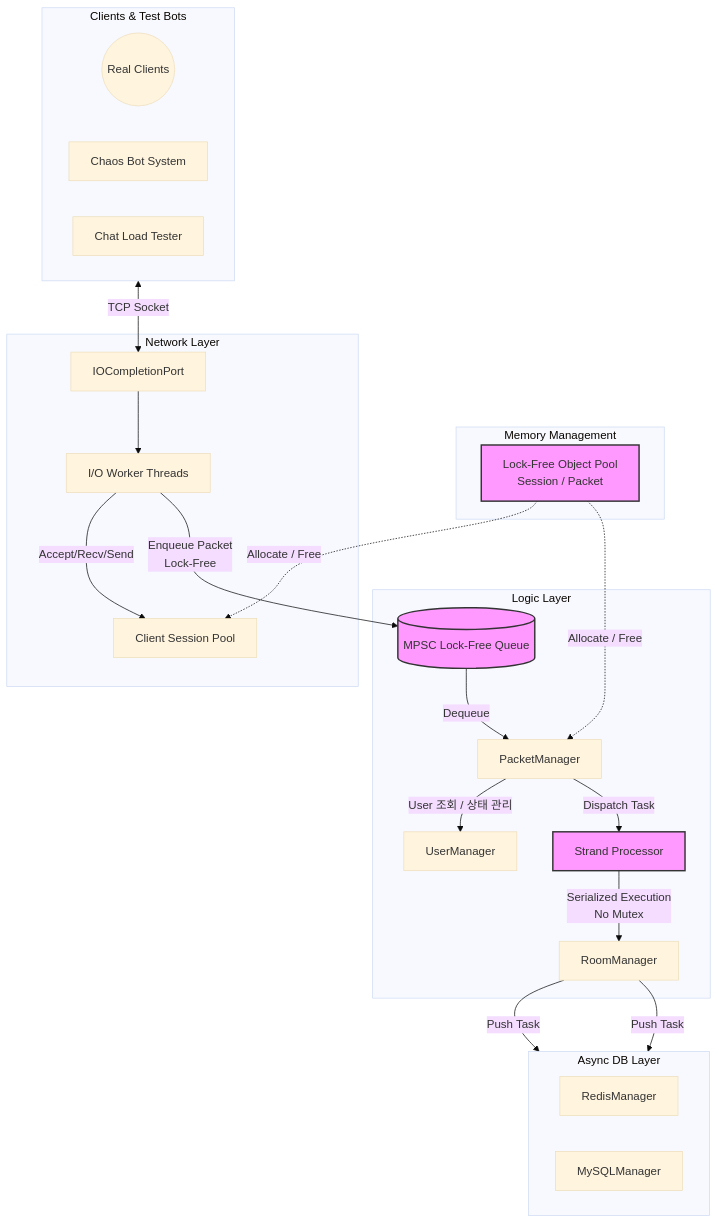
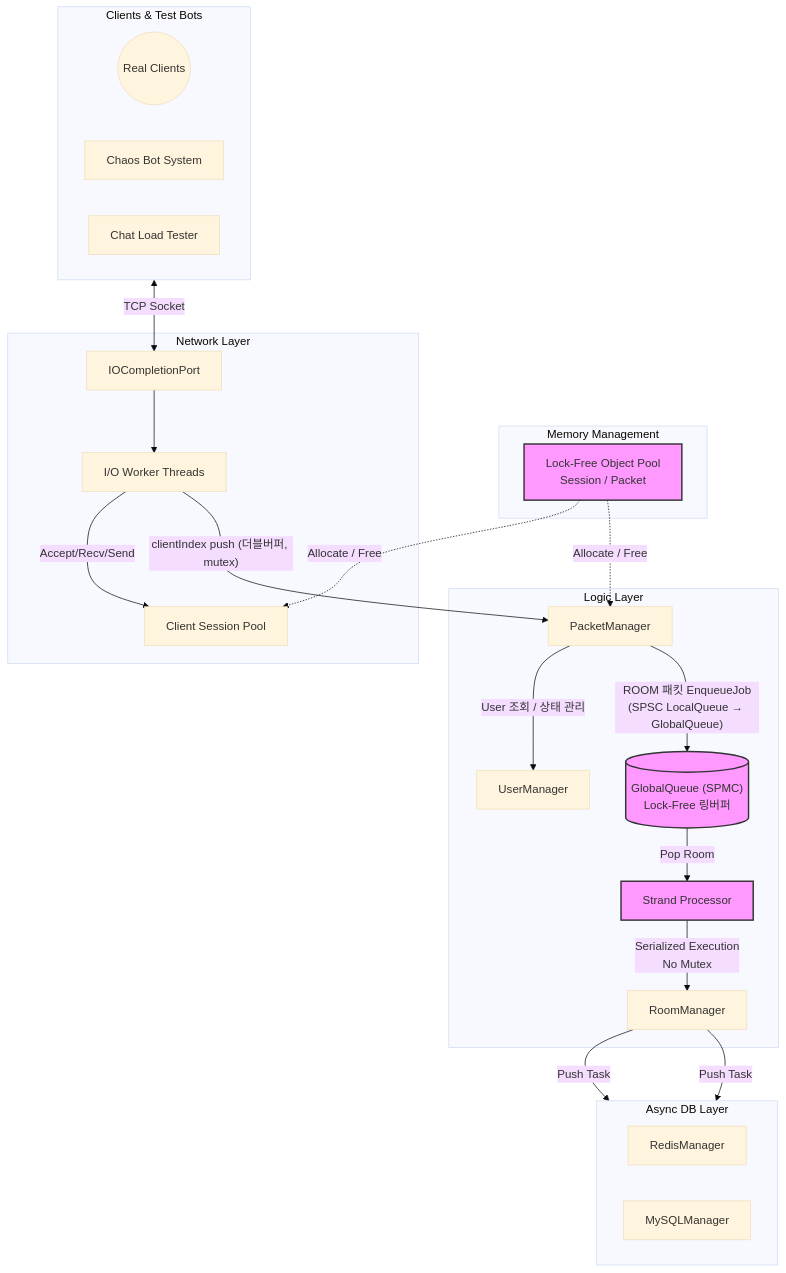
Before and after one commit to kanghyoungwoo/IOCP: the fourth of 4 diagrams in Docs/서버 아키텍처 진화 및 성능 벤치마크.md, drawn with Mermaid (base theme). The commit also changed other lines of this file, not shown here.

````diff
--- a/Docs/서버 아키텍처 진화 및 성능 벤치마크.md
+++ b/Docs/서버 아키텍처 진화 및 성능 벤치마크.md
@@ -242,48 +242,48 @@
 ```mermaid
 graph TD
     subgraph External_Clients [Clients & Test Bots]
         Clients((Real Clients))
         ChaosBot[Chaos Bot System]
         LoadTester[Chat Load Tester]
     end
 
     subgraph Memory_Layer [Memory Management]
         MemPool[Lock-Free Object Pool\nSession / Packet]
     end
 
     subgraph Network_Layer [Network Layer]
         IOCP[IOCompletionPort]
         WorkerThreads[I/O Worker Threads]
         SessionPool[Client Session Pool]
         IOCP --> WorkerThreads
         WorkerThreads -->|Accept/Recv/Send| SessionPool
     end
 
     subgraph Logic_Layer [Logic Layer]
         PacketManager[PacketManager]
         UserMgr[UserManager]
-        GlobalQueue[(MPSC Lock-Free Queue)]
+        GlobalQueue[("GlobalQueue (SPMC)\nLock-Free 링버퍼")]
         StrandProcessor[Strand Processor]
         RoomMgr[RoomManager]
-        WorkerThreads -->|Enqueue Packet\nLock-Free| GlobalQueue
-        GlobalQueue -->|Dequeue| PacketManager
+        WorkerThreads -->|"clientIndex push (더블버퍼, mutex)"| PacketManager
         PacketManager -->|User 조회 / 상태 관리| UserMgr
-        PacketManager -->|Dispatch Task| StrandProcessor
+        PacketManager -->|"ROOM 패킷 EnqueueJob\n(SPSC LocalQueue → GlobalQueue)"| GlobalQueue
+        GlobalQueue -->|"Pop Room"| StrandProcessor
         StrandProcessor -->|Serialized Execution\nNo Mutex| RoomMgr
     end
 
     subgraph DB_Layer [Async DB Layer]
         direction LR
         RedisMgr[RedisManager]
         MySQLMgr[MySQLManager]
     end
 
     External_Clients <-->|TCP Socket| IOCP
     MemPool -.->|Allocate / Free| SessionPool
     MemPool -.->|Allocate / Free| PacketManager
     RoomMgr -->|Push Task| RedisMgr
     RoomMgr -->|Push Task| MySQLMgr
 
     classDef core fill:#f9f,stroke:#333,stroke-width:2px;
     class StrandProcessor,GlobalQueue,MemPool core;
 ```
````
